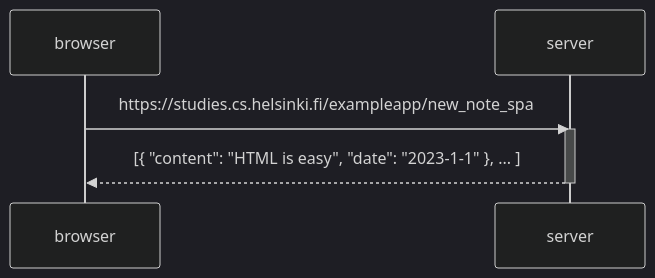
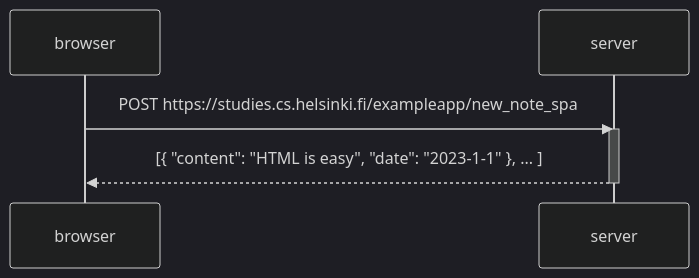
Before and after one commit to Rodrylujan/FullStack: the diagram in part0/0.5/Single page app diagram.md, drawn with Mermaid (dark theme).

Commit message:
Update Single page app diagram.md

````diff
--- a/part0/0.5/Single page app diagram.md
+++ b/part0/0.5/Single page app diagram.md
@@ -1,11 +1,11 @@
 ```mermaid
 sequenceDiagram
     participant browser
     participant server
 
-    browser->>server: https://studies.cs.helsinki.fi/exampleapp/new_note_spa
+    browser->>server: POST https://studies.cs.helsinki.fi/exampleapp/new_note_spa
     activate server
     server-->>browser: [{ "content": "HTML is easy", "date": "2023-1-1" }, ... ]
     deactivate server
 
 ```
````
